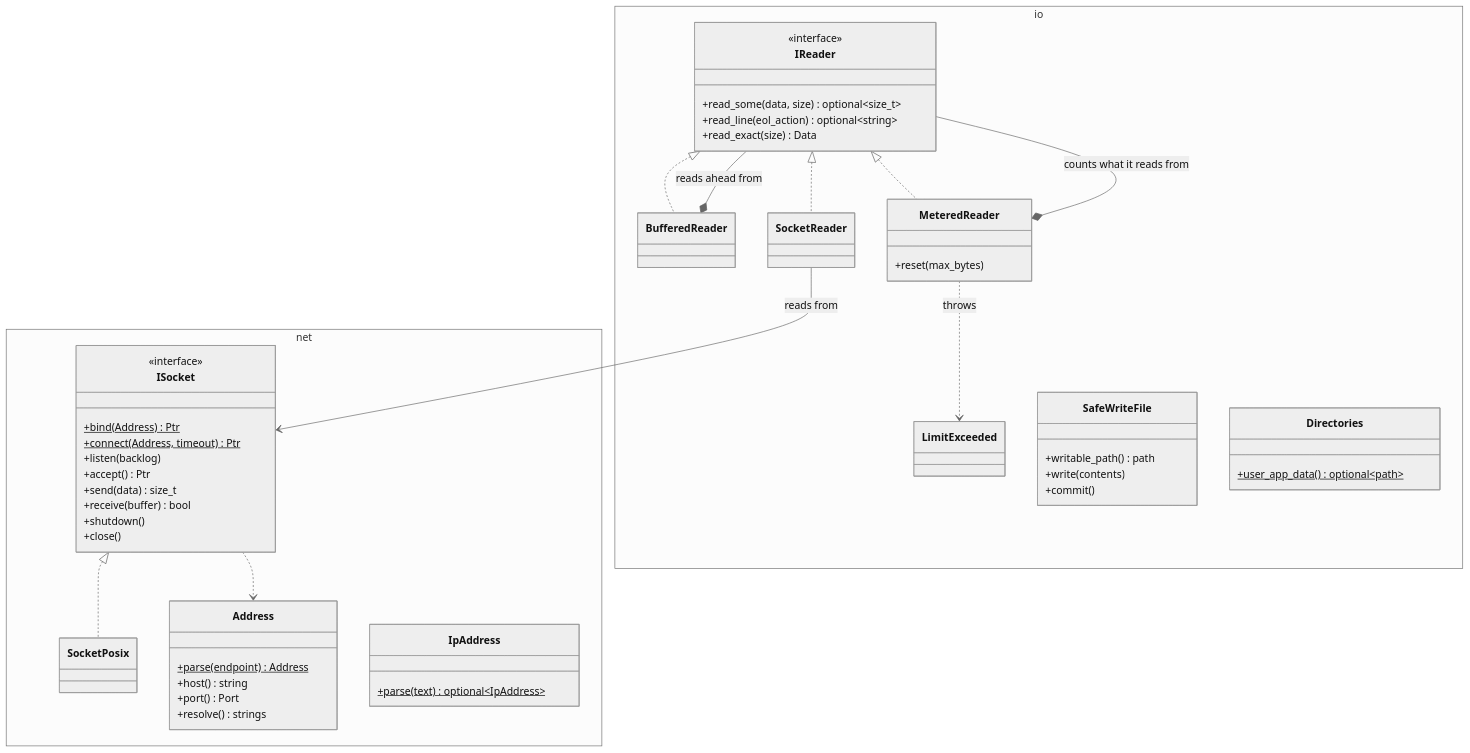
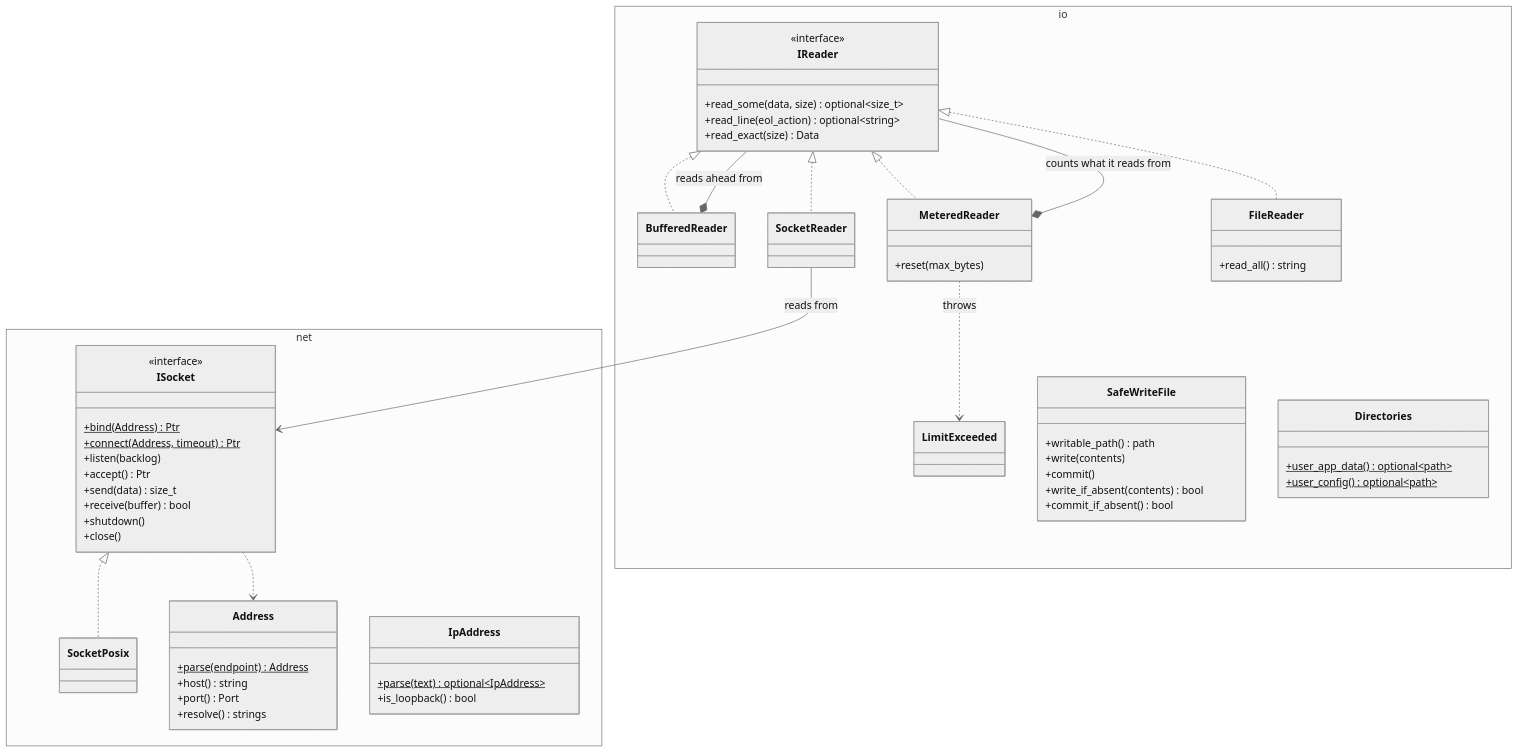
One commit to marcpage/libranet changed diagram 14 of 20 in cpp/docs/Overview.md. Above: the diagram before and after it, drawn with Mermaid (neutral theme). The commit also changed other lines of this file and 1 other file, not shown here.

````diff
--- a/cpp/docs/Overview.md
+++ b/cpp/docs/Overview.md
@@ -1065,59 +1270,67 @@
 ```mermaid
 classDiagram
     direction TB
     namespace net {
         class ISocket {
             <<interface>>
             +bind(Address)$ Ptr
             +connect(Address, timeout)$ Ptr
             +listen(backlog)
             +accept() Ptr
             +send(data) size_t
             +receive(buffer) bool
             +shutdown()
             +close()
         }
         class SocketPosix
         class Address {
             +parse(endpoint)$ Address
             +host() string
             +port() Port
             +resolve() strings
         }
         class IpAddress {
             +parse(text)$ optional~IpAddress~
+            +is_loopback() bool
         }
     }
     namespace io {
         class IReader {
             <<interface>>
             +read_some(data, size) optional~size_t~
             +read_line(eol_action) optional~string~
             +read_exact(size) Data
         }
         class BufferedReader
         class MeteredReader {
             +reset(max_bytes)
         }
         class SocketReader
+        class FileReader {
+            +read_all() string
+        }
         class LimitExceeded
         class SafeWriteFile {
             +writable_path() path
             +write(contents)
             +commit()
+            +write_if_absent(contents) bool
+            +commit_if_absent() bool
         }
         class Directories {
             +user_app_data()$ optional~path~
+            +user_config()$ optional~path~
         }
     }
 
     ISocket <|.. SocketPosix
     ISocket ..> Address
     IReader <|.. BufferedReader
     IReader <|.. MeteredReader
     IReader <|.. SocketReader
+    IReader <|.. FileReader
     BufferedReader *-- IReader : reads ahead from
     MeteredReader *-- IReader : counts what it reads from
     MeteredReader ..> LimitExceeded : throws
     SocketReader --> ISocket : reads from
 ```
````
